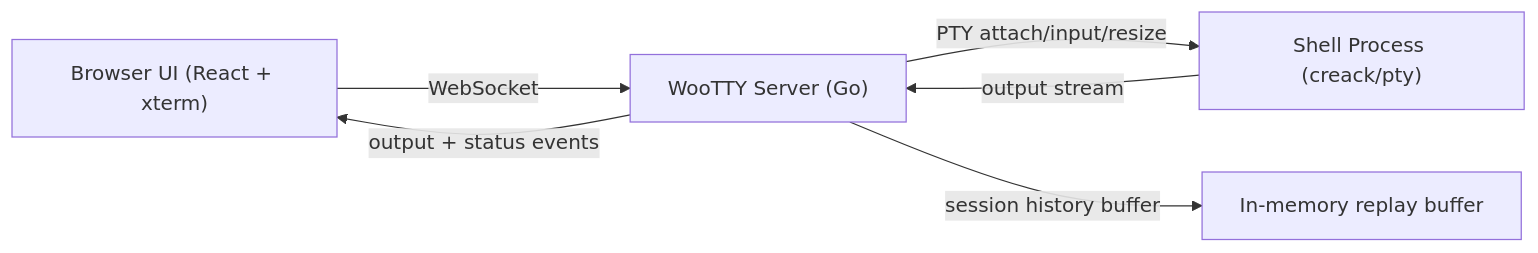
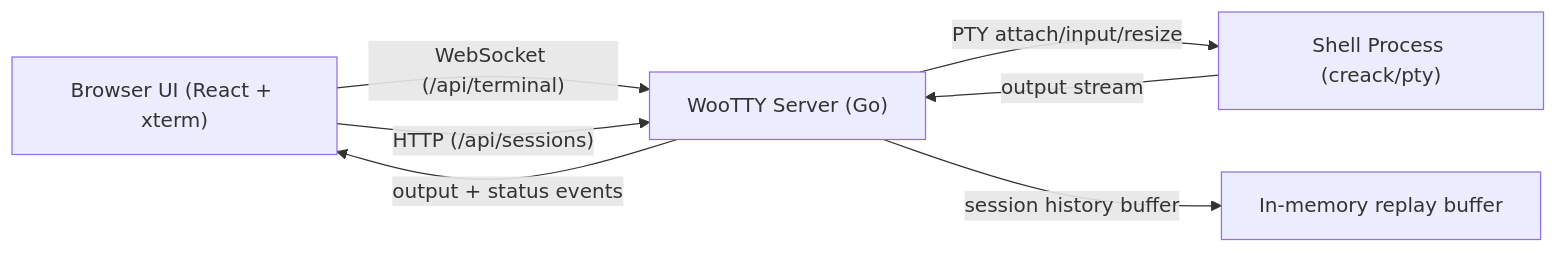
One commit to icoretech/wootty changed the diagram in README.md. Above: the diagram before and after it, drawn with Mermaid. The commit also changed other lines of this file and 1 other file, not shown here.

````diff
--- a/README.md
+++ b/README.md
@@ -139,8 +144,9 @@
 ```mermaid
 flowchart LR
-  B["Browser UI (React + xterm)"] -- "WebSocket" --> S["WooTTY Server (Go)"]
+  B["Browser UI (React + xterm)"] -- "WebSocket (/api/terminal)" --> S["WooTTY Server (Go)"]
+  B -- "HTTP (/api/sessions)" --> S
   S -- "PTY attach/input/resize" --> P["Shell Process (creack/pty)"]
   P -- "output stream" --> S
   S -- "output + status events" --> B
   S -- "session history buffer" --> H["In-memory replay buffer"]
 ```
````
